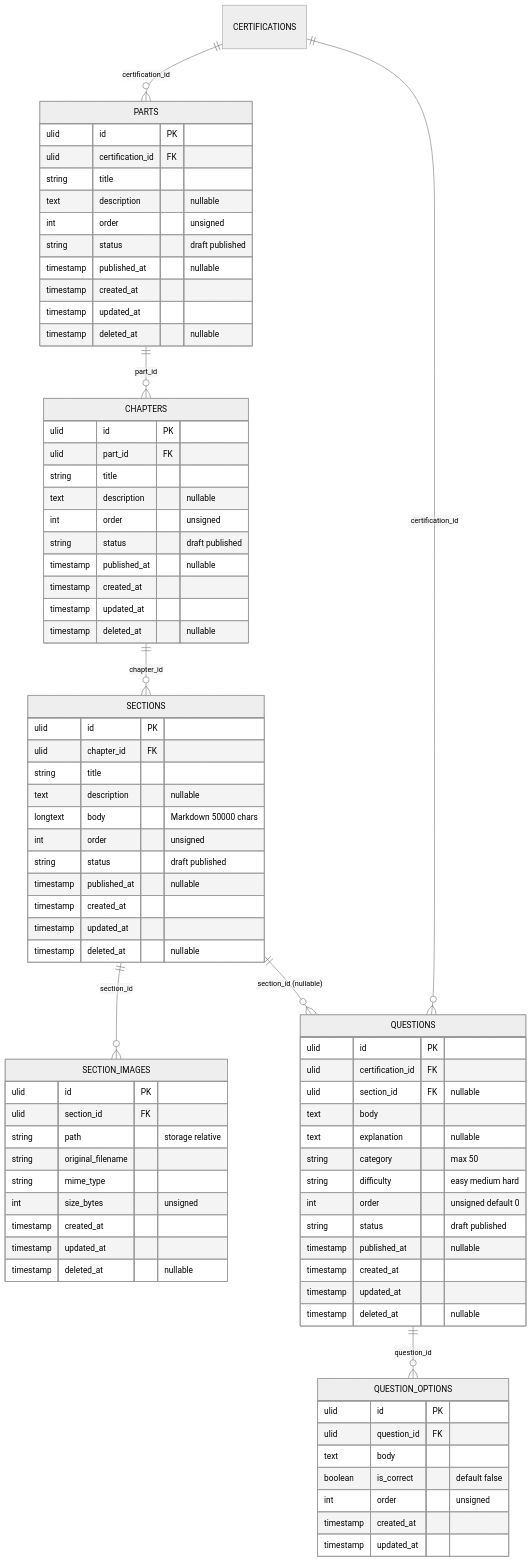
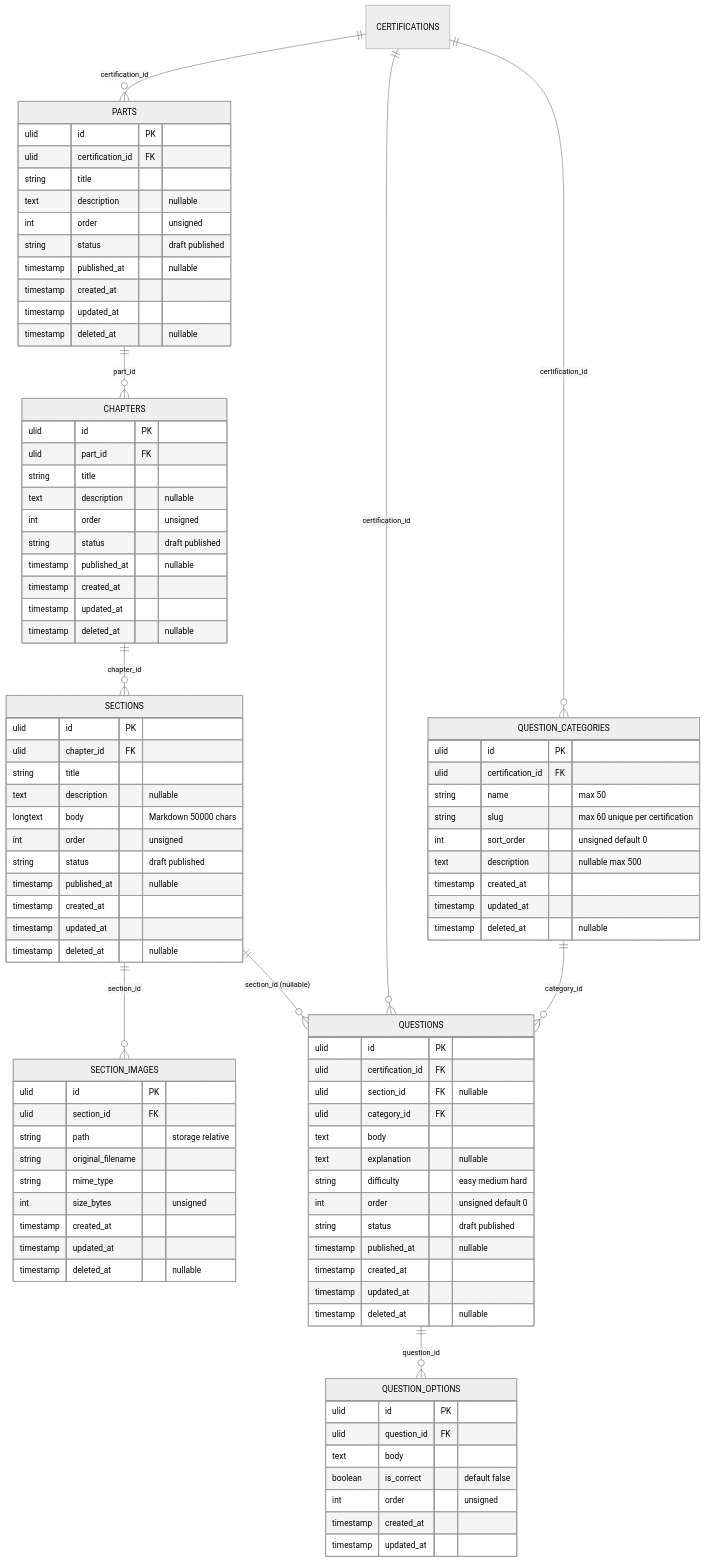
Before and after one commit to coachtech-mockcase-second/ExampleAnswer-mockcase-CertifyLMS: the sixth of 7 diagrams in docs/specs/content-management/design.md, drawn with Mermaid (neutral theme). The commit also changed other lines of this file and 7 other files, not shown here.

First line of the commit message:
content-management: QuestionCategory マスタ化（業界標準寄せ）+ learning spec 新設

```diff
--- a/docs/specs/content-management/design.md
+++ b/docs/specs/content-management/design.md
@@ -225,6 +226,8 @@
     SECTIONS ||--o{ SECTION_IMAGES : "section_id"
     SECTIONS ||--o{ QUESTIONS : "section_id (nullable)"
     CERTIFICATIONS ||--o{ QUESTIONS : "certification_id"
+    CERTIFICATIONS ||--o{ QUESTION_CATEGORIES : "certification_id"
+    QUESTION_CATEGORIES ||--o{ QUESTIONS : "category_id"
     QUESTIONS ||--o{ QUESTION_OPTIONS : "question_id"
 
     PARTS {
@@ -279,13 +282,24 @@
         ulid id PK
         ulid certification_id FK
         ulid section_id FK "nullable"
+        ulid category_id FK
         text body
         text explanation "nullable"
-        string category "max 50"
         string difficulty "easy medium hard"
         int order "unsigned default 0"
         string status "draft published"
         timestamp published_at "nullable"
+        timestamp created_at
+        timestamp updated_at
+        timestamp deleted_at "nullable"
+    }
+    QUESTION_CATEGORIES {
+        ulid id PK
+        ulid certification_id FK
+        string name "max 50"
+        string slug "max 60 unique per certification"
+        int sort_order "unsigned default 0"
+        text description "nullable max 500"
         timestamp created_at
         timestamp updated_at
         timestamp deleted_at "nullable"
```
